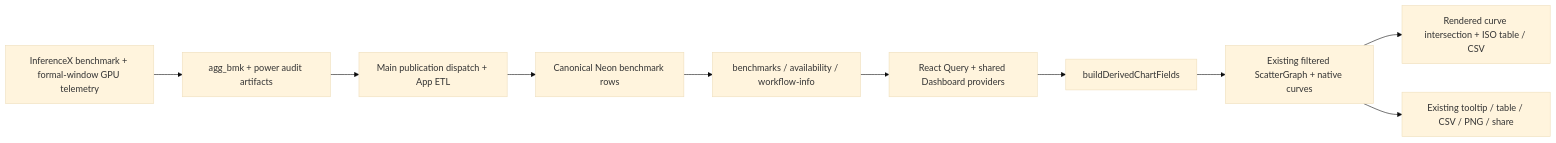
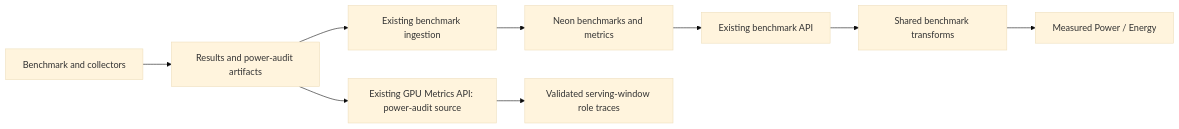
The diagram in docs/powerx-permanent-view.md (SemiAnalysisAI/InferenceX-app), drawn with Mermaid (base theme) before and after one commit. The commit also changed other lines of this file and 49 other files, not shown here.

First line of the commit message:
feat: integrate native PowerX article charts and source sharing

````diff
--- a/docs/powerx-permanent-view.md
+++ b/docs/powerx-permanent-view.md
@@ -11,12 +24,11 @@
 ```mermaid
 flowchart LR
-  Sweep[InferenceX benchmark + formal-window GPU telemetry] --> Artifact[agg_bmk + power audit artifacts]
-  Artifact --> ETL[Main publication dispatch + App ETL]
-  ETL --> DB[Canonical Neon benchmark rows]
-  DB --> API[benchmarks / availability / workflow-info]
-  API --> Query[React Query + shared Dashboard providers]
-  Query --> Fields[buildDerivedChartFields]
-  Fields --> Chart[Existing filtered ScatterGraph + native curves]
-  Chart --> ISO[Rendered curve intersection + ISO table / CSV]
-  Chart --> Export[Existing tooltip / table / CSV / PNG / share]
+  B[Benchmark and collectors] --> A[Results and power-audit artifacts]
+  A --> I[Existing benchmark ingestion]
+  I --> DB[Neon benchmarks and metrics]
+  DB --> API[Existing benchmark API]
+  API --> T[Shared benchmark transforms]
+  T --> M[Measured Power / Energy]
+  A --> G[Existing GPU Metrics API: power-audit source]
+  G --> W[Validated serving-window role traces]
 ```
````
